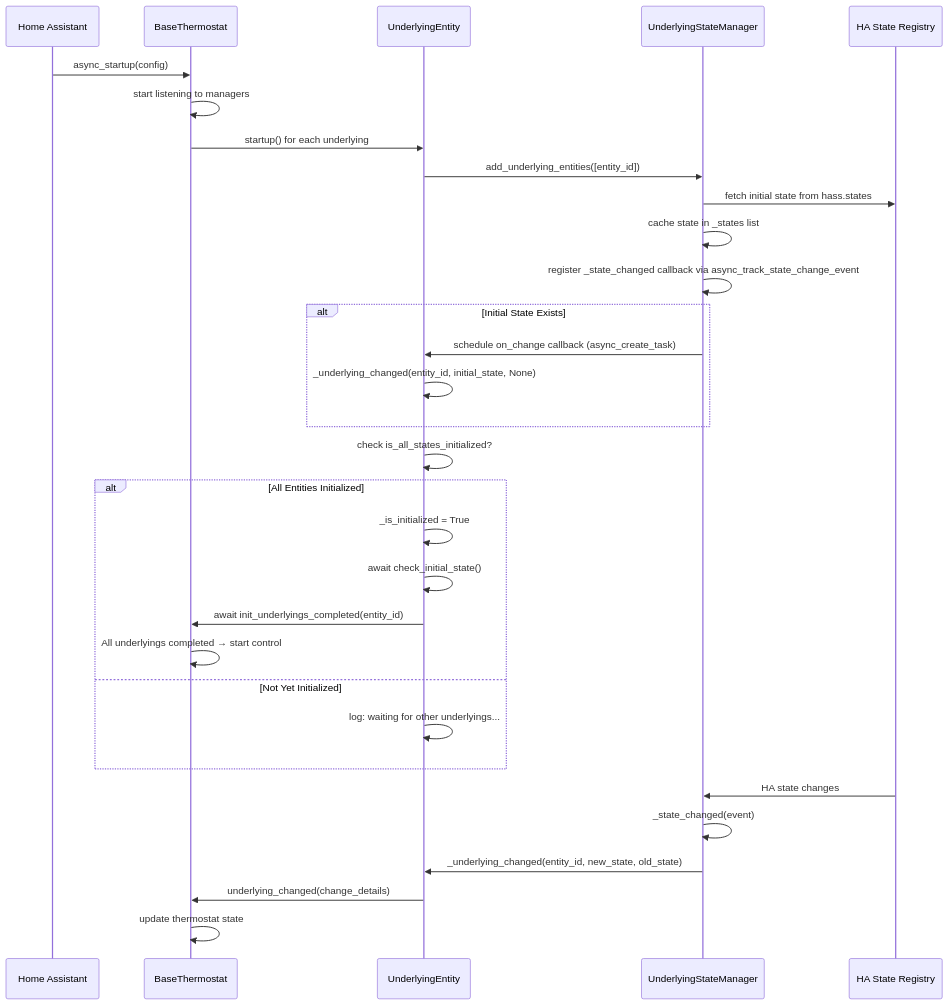
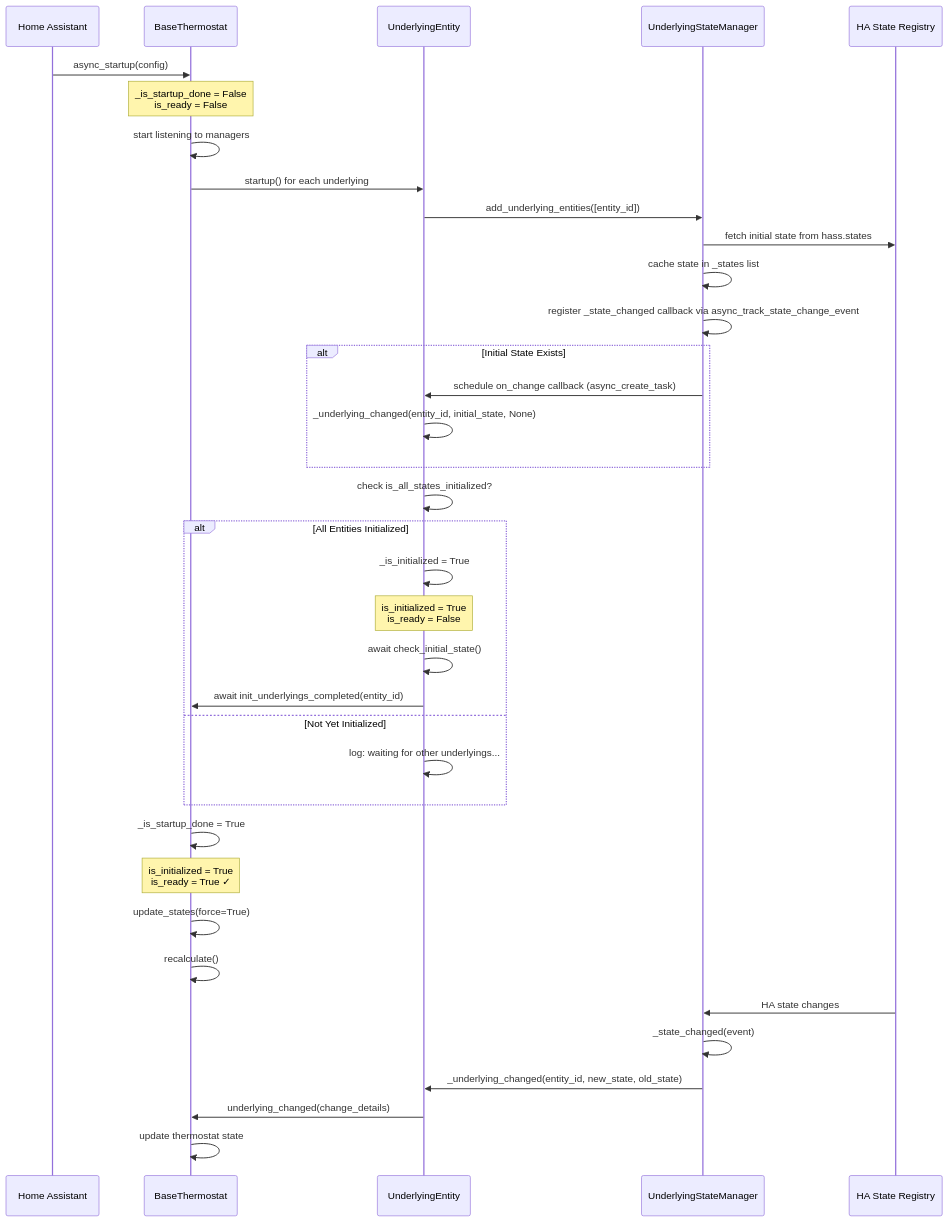
The second of 4 diagrams in documentation/tech-docs/underlyings.md (jmcollin78/versatile_thermostat), drawn with Mermaid before and after one commit. The commit also changed other lines of this file, not shown here.

````diff
--- a/documentation/tech-docs/underlyings.md
+++ b/documentation/tech-docs/underlyings.md
@@ -832,40 +875,47 @@
 ```mermaid
 sequenceDiagram
     participant HA as Home Assistant
     participant VT as BaseThermostat
     participant UE as UnderlyingEntity
     participant USM as UnderlyingStateManager
     participant HA2 as HA State Registry
 
     HA->>VT: async_startup(config)
+    Note over VT: _is_startup_done = False<br/>is_ready = False
     VT->>VT: start listening to managers
 
     VT->>UE: startup() for each underlying
     UE->>USM: add_underlying_entities([entity_id])
     USM->>HA2: fetch initial state from hass.states
     USM->>USM: cache state in _states list
 
     USM->>USM: register _state_changed callback via async_track_state_change_event
 
     alt Initial State Exists
         USM->>UE: schedule on_change callback (async_create_task)
         UE->>UE: _underlying_changed(entity_id, initial_state, None)
     end
 
     UE->>UE: check is_all_states_initialized?
 
     alt All Entities Initialized
         UE->>UE: _is_initialized = True
+        Note over UE: is_initialized = True<br/>is_ready = False
         UE->>UE: await check_initial_state()
         UE->>VT: await init_underlyings_completed(entity_id)
-        VT->>VT: All underlyings completed → start control
     else Not Yet Initialized
         UE->>UE: log: waiting for other underlyings...
     end
+
+    VT->>VT: _is_startup_done = True
+    Note over VT: is_initialized = True<br/>is_ready = True ✓
+
+    VT->>VT: update_states(force=True)
+    VT->>VT: recalculate()
 
     HA2->>USM: HA state changes
     USM->>USM: _state_changed(event)
     USM->>UE: _underlying_changed(entity_id, new_state, old_state)
     UE->>VT: underlying_changed(change_details)
     VT->>VT: update thermostat state
 ```
````
